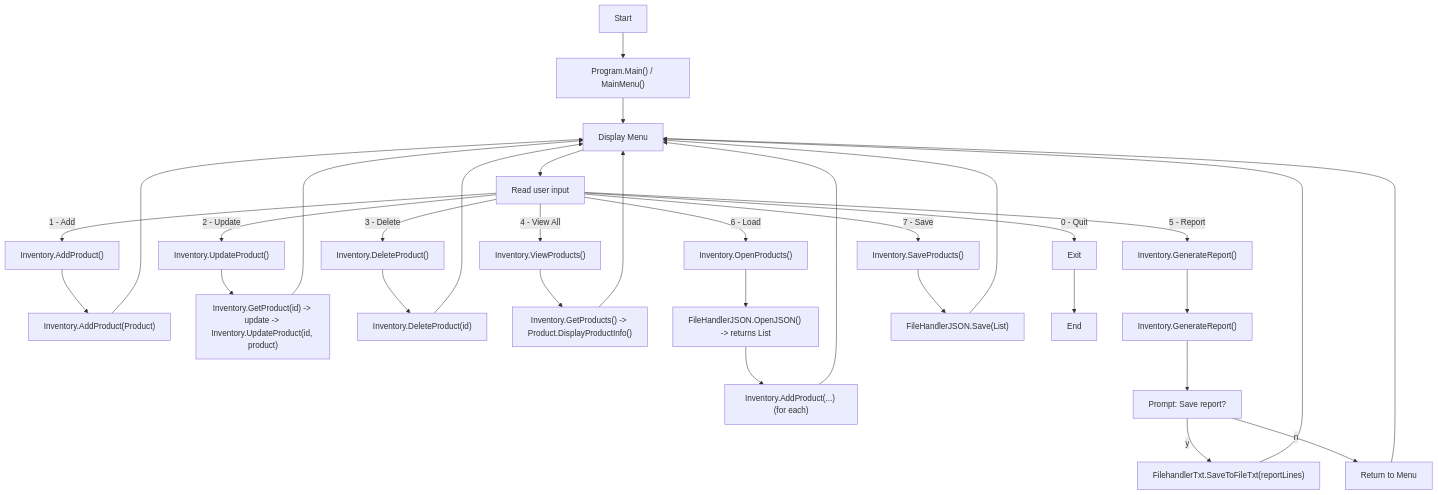
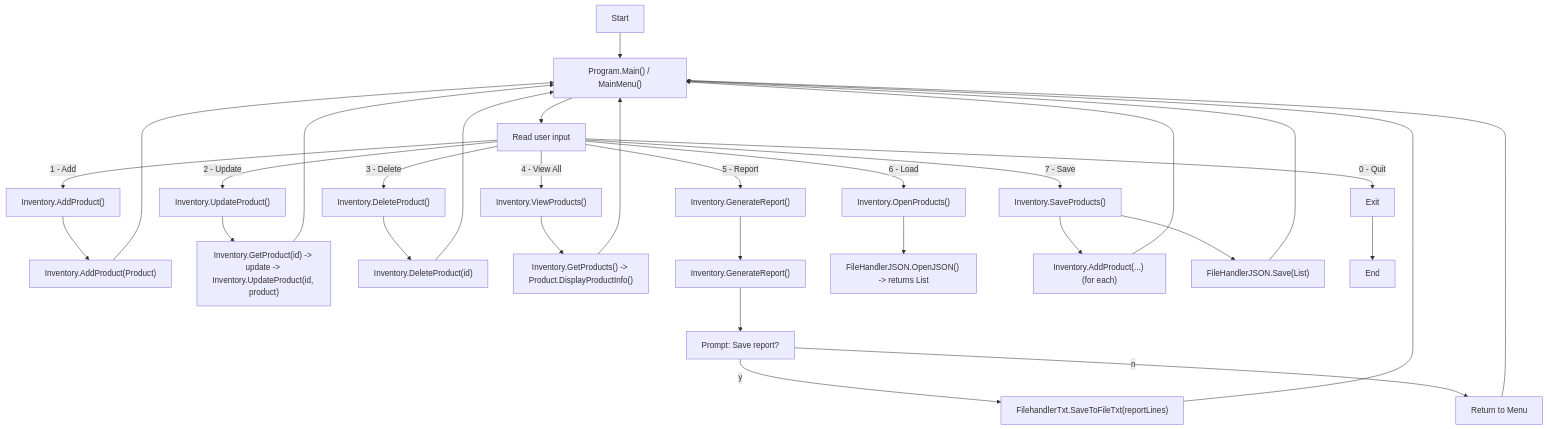
One commit to Spacebearswe/InventoryManagementSystem changed the second of 2 diagrams in README.md. Above: the diagram before and after it, drawn with Mermaid.

Commit message:
Revise UML flowchart for main menu interactions
Updated the UML flowchart for the main menu to reflect changes in user input handling and flow.

````diff
--- a/README.md
+++ b/README.md
@@ -114,38 +114,37 @@
 ```mermaid
 flowchart TD
   A["Start"] --> B["Program.Main() / MainMenu()"]
-  B --> C["Display Menu"]
-  C --> D["Read user input"]
+  B --> C["Read user input"]
+  
+  C -->|1 - Add| D["Inventory.AddProduct()"]
+  C -->|2 - Update| E["Inventory.UpdateProduct()"]
+  C -->|3 - Delete| F["Inventory.DeleteProduct()"]
+  C -->|4 - View All| G["Inventory.ViewProducts()"]
+  C -->|5 - Report| H["Inventory.GenerateReport()"]
+  C -->|6 - Load| I["Inventory.OpenProducts()"]
+  C -->|7 - Save| J["Inventory.SaveProducts()"]
+  C -->|0 - Quit| L["Exit"]
 
-  D -->|1 - Add| E["Inventory.AddProduct()"]
-  D -->|2 - Update| F["Inventory.UpdateProduct()"]
-  D -->|3 - Delete| G["Inventory.DeleteProduct()"]
-  D -->|4 - View All| H["Inventory.ViewProducts()"]
-  D -->|5 - Report| I["Inventory.GenerateReport()"]
-  D -->|6 - Load| J["Inventory.OpenProducts()"]
-  D -->|7 - Save| K["Inventory.SaveProducts()"]
-  D -->|0 - Quit| L["Exit"]
-
-  E --> M["Inventory.AddProduct(Product)"]
-  F --> N["Inventory.GetProduct(id) -> update -> Inventory.UpdateProduct(id, product)"]
-  G --> O["Inventory.DeleteProduct(id)"]
-  H --> P["Inventory.GetProducts() -> Product.DisplayProductInfo()"]
-  I --> Q["Inventory.GenerateReport()"]
-  J --> R["FileHandlerJSON.OpenJSON() -> returns List<Product>"]
-  R --> S["Inventory.AddProduct(...) (for each)"]
-  K --> T["FileHandlerJSON.Save(List<Product>)"]
+  D --> M["Inventory.AddProduct(Product)"]
+  E --> N["Inventory.GetProduct(id) -> update -> Inventory.UpdateProduct(id, product)"]
+  F --> O["Inventory.DeleteProduct(id)"]
+  G --> P["Inventory.GetProducts() -> Product.DisplayProductInfo()"]
+  H --> Q["Inventory.GenerateReport()"]
+  I --> R["FileHandlerJSON.OpenJSON() -> returns List<Product>"]
+  J --> S["Inventory.AddProduct(...) (for each)"]
+  J --> T["FileHandlerJSON.Save(List<Product>)"]
 
   Q --> U["Prompt: Save report?"]
   U -->|y| V["FilehandlerTxt.SaveToFileTxt(reportLines)"]
   U -->|n| W["Return to Menu"]
 
   L --> Z["End"]
-  S --> C
-  M --> C
-  N --> C
-  O --> C
-  P --> C
-  T --> C
-  V --> C
-  W --> C
+  S --> B
+  M --> B
+  N --> B
+  O --> B
+  P --> B
+  T --> B
+  V --> B
+  W --> B
 ```
````
